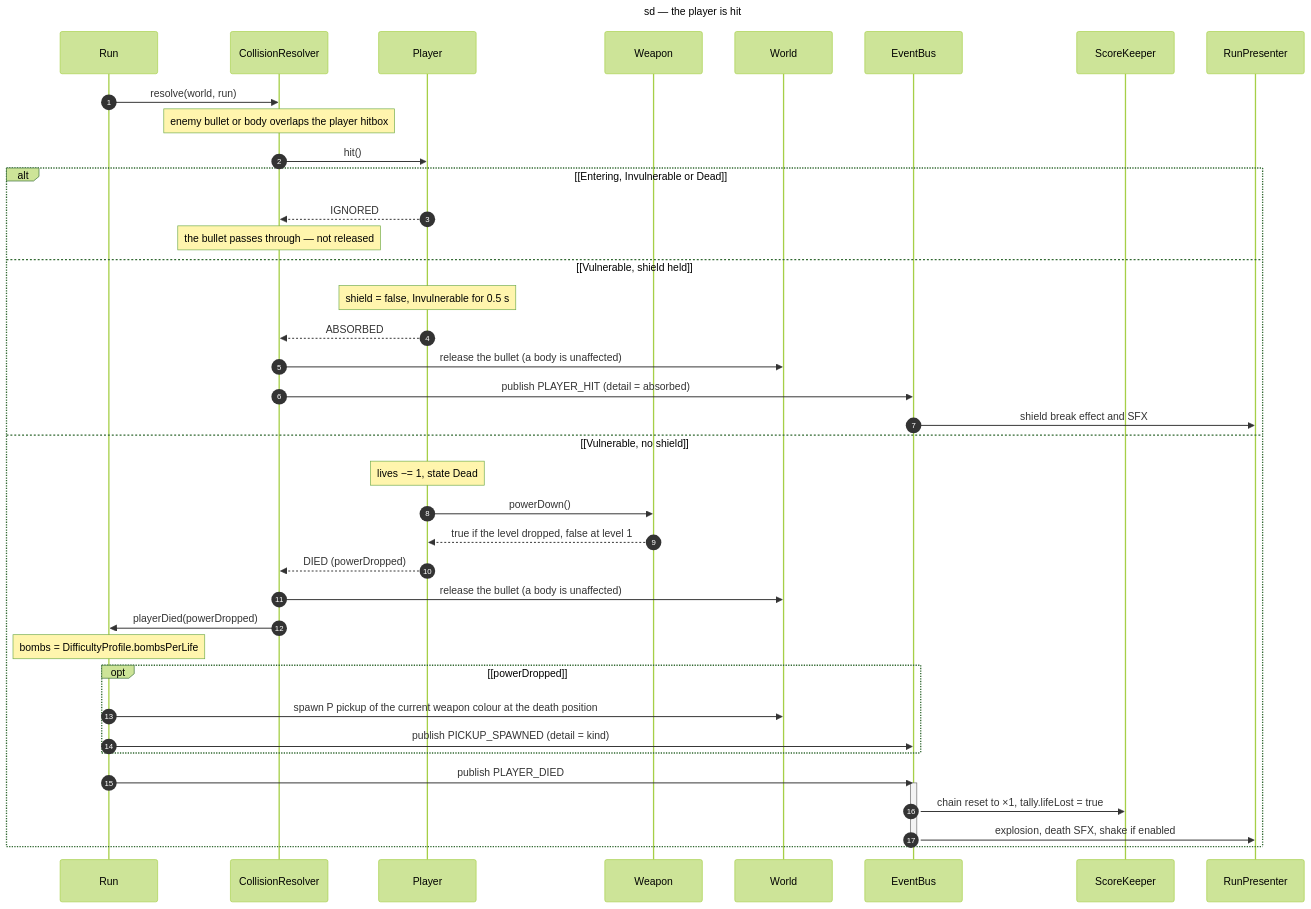
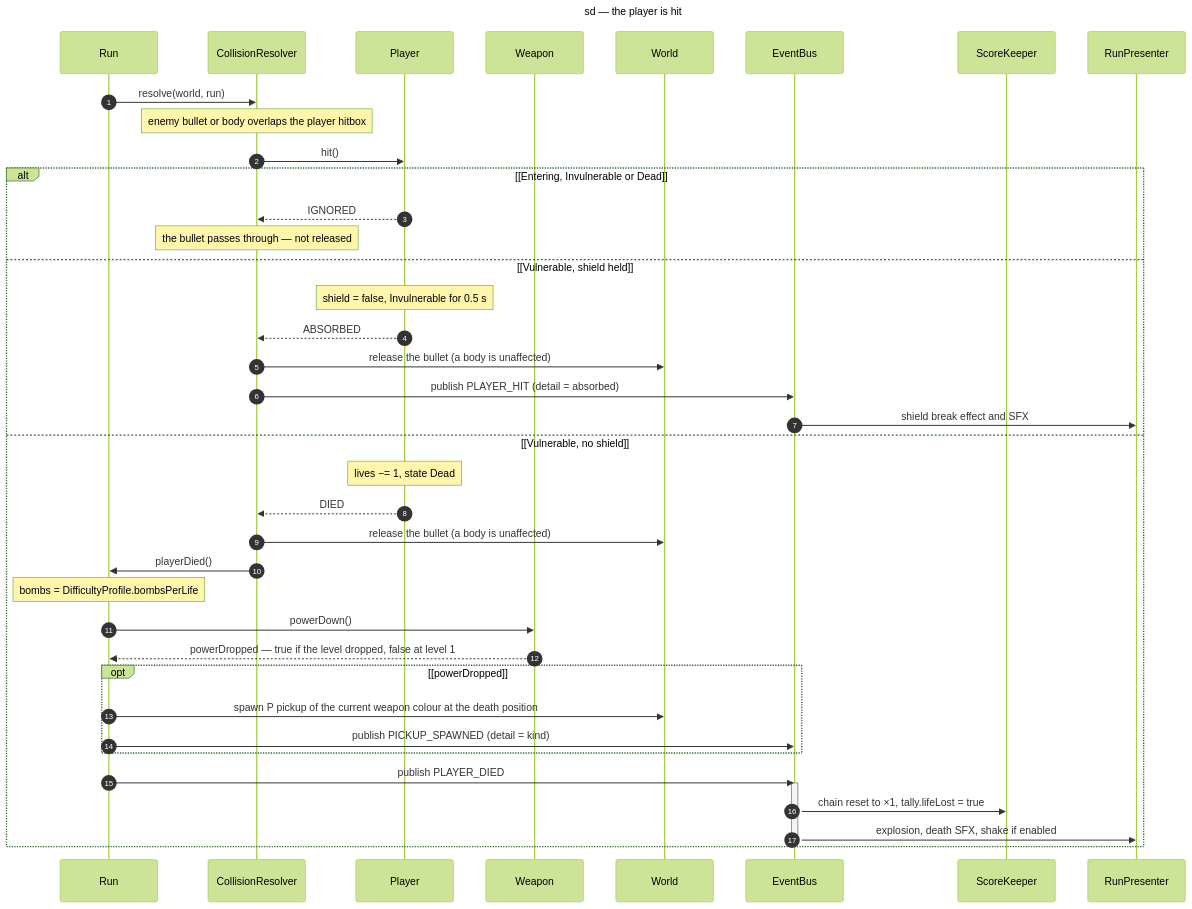
The diagram in docs/architecture/diagrams/gameplay/02-sequence-player-hit.md (benoit-bremaud/retro-shmup), drawn with Mermaid (forest theme) before and after one commit. The commit also changed other lines of this file and 8 other files, not shown here.

First line of the commit message:
docs(uml): address the pre-push review of the UML study

````diff
--- a/docs/architecture/diagrams/gameplay/02-sequence-player-hit.md
+++ b/docs/architecture/diagrams/gameplay/02-sequence-player-hit.md
@@ -18,46 +18,46 @@
 ```mermaid
 ---
 title: sd — the player is hit
 ---
 sequenceDiagram
   autonumber
   participant Run as Run
   participant CR as CollisionResolver
   participant Pl as Player
   participant Wp as Weapon
   participant W as World
   participant Bus as EventBus
   participant SK as ScoreKeeper
   participant P as RunPresenter
 
   Run->>CR: resolve(world, run)
   Note over CR: enemy bullet or body overlaps the player hitbox
   CR->>Pl: hit()
   alt [Entering, Invulnerable or Dead]
     Pl-->>CR: IGNORED
     Note over CR: the bullet passes through — not released
   else [Vulnerable, shield held]
     Note over Pl: shield = false, Invulnerable for 0.5 s
     Pl-->>CR: ABSORBED
     CR->>W: release the bullet (a body is unaffected)
     CR->>Bus: publish PLAYER_HIT (detail = absorbed)
     Bus->>P: shield break effect and SFX
   else [Vulnerable, no shield]
     Note over Pl: lives −= 1, state Dead
-    Pl->>Wp: powerDown()
-    Wp-->>Pl: true if the level dropped, false at level 1
-    Pl-->>CR: DIED (powerDropped)
+    Pl-->>CR: DIED
     CR->>W: release the bullet (a body is unaffected)
-    CR->>Run: playerDied(powerDropped)
+    CR->>Run: playerDied()
     Note over Run: bombs = DifficultyProfile.bombsPerLife
+    Run->>Wp: powerDown()
+    Wp-->>Run: powerDropped — true if the level dropped, false at level 1
     opt [powerDropped]
       Run->>W: spawn P pickup of the current weapon colour at the death position
       Run->>Bus: publish PICKUP_SPAWNED (detail = kind)
     end
     Run->>Bus: publish PLAYER_DIED
     activate Bus
     Bus->>SK: chain reset to ×1, tally.lifeLost = true
     Bus->>P: explosion, death SFX, shake if enabled
     deactivate Bus
   end
 ```
````
